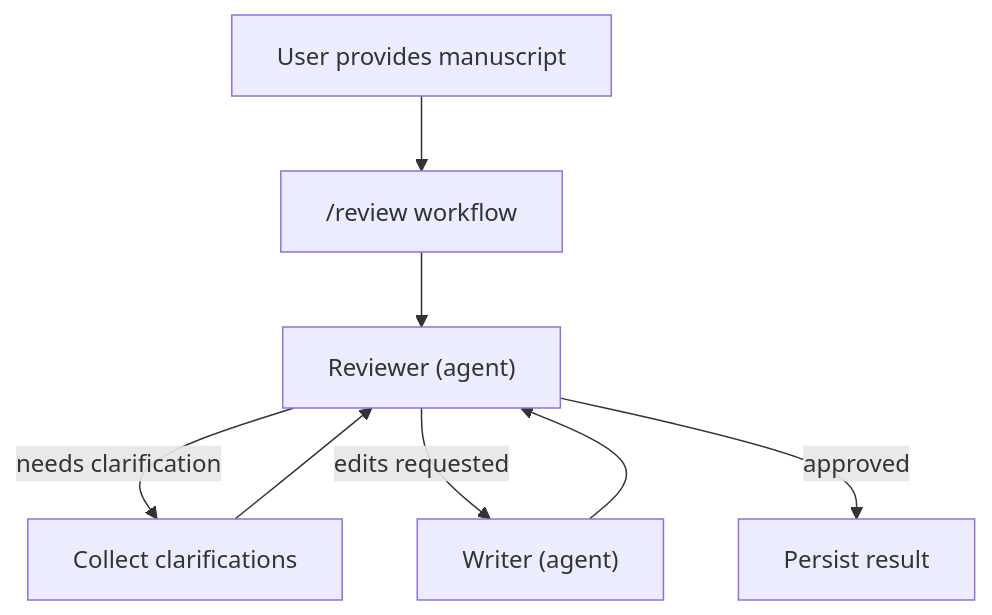
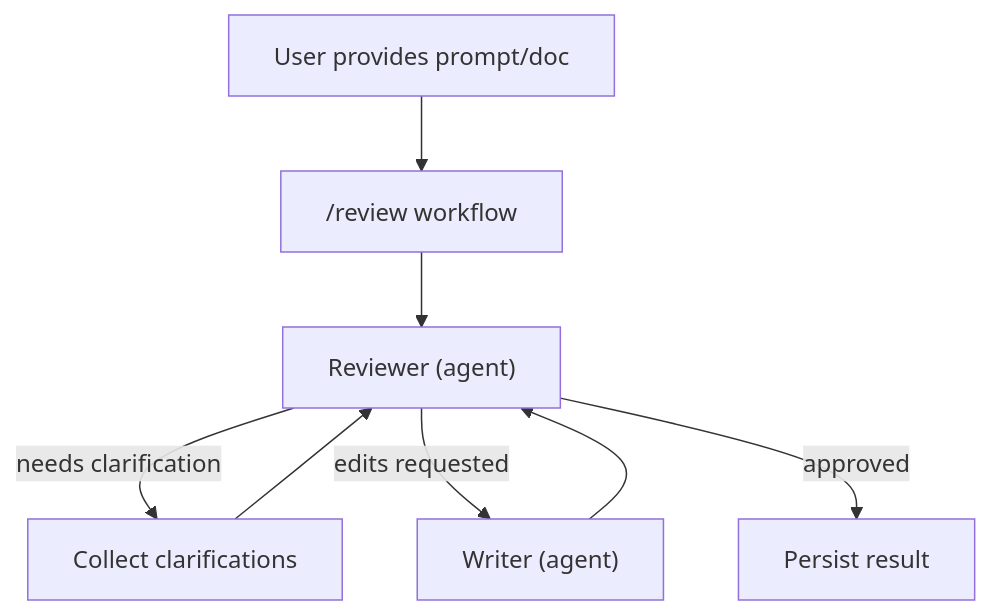
The diagram in README.md (contemplative-software/specmaker), drawn with Mermaid before and after one commit. The commit also changed other lines of this file, not shown here.

Commit message:
docs(README): emphasize purpose across Requirements → Design → Tasks

````diff
--- a/README.md
+++ b/README.md
@@ -22,8 +22,8 @@
 ```mermaid
 flowchart TD
-  A["User provides manuscript"] --> B["/review workflow"]
+  A["User provides prompt/doc"] --> B["/review workflow"]
   B --> C["Reviewer (agent)"]
   C -->|needs clarification| A2["Collect clarifications"] --> C
   C -->|edits requested| D["Writer (agent)"] --> C
   C -->|approved| E["Persist result"]
 ```
````
